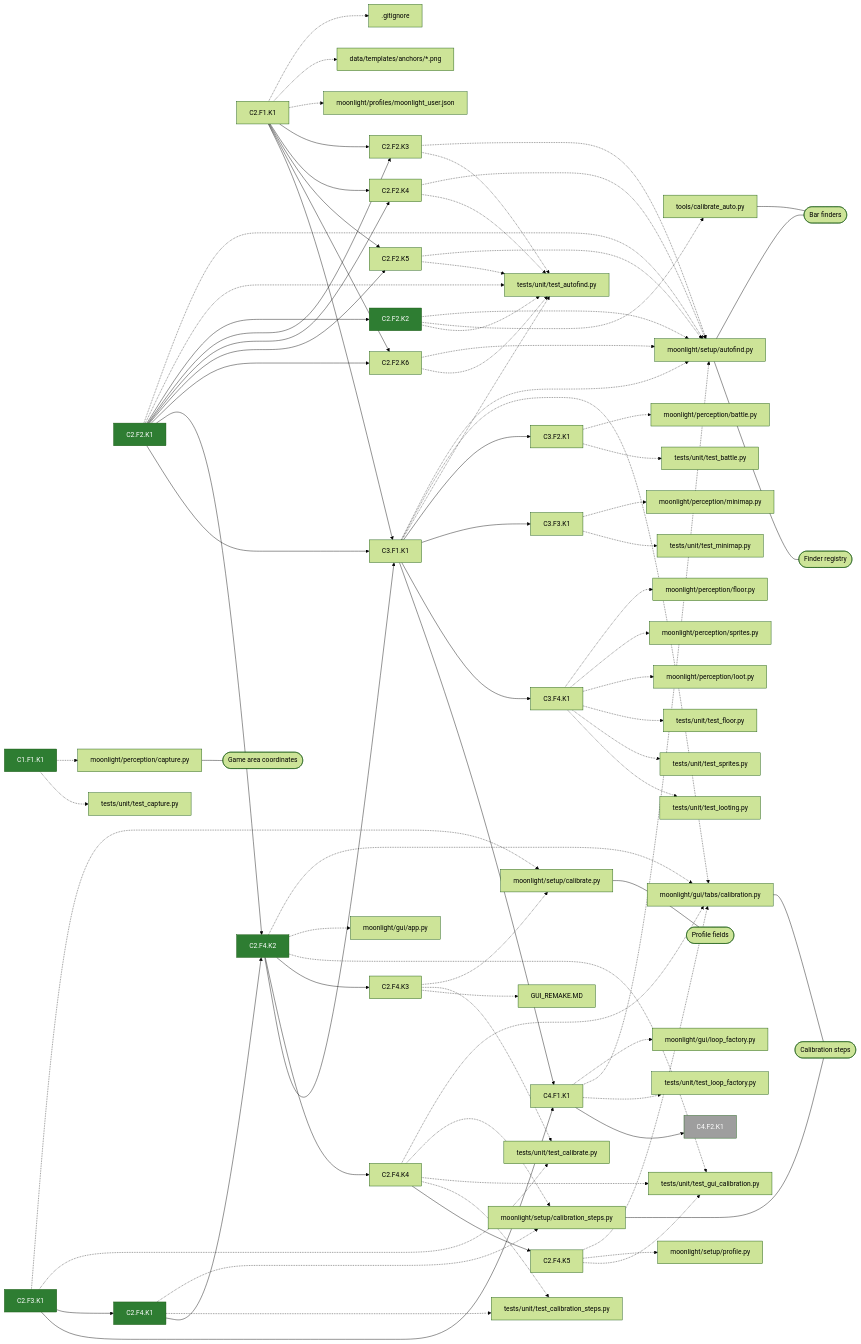
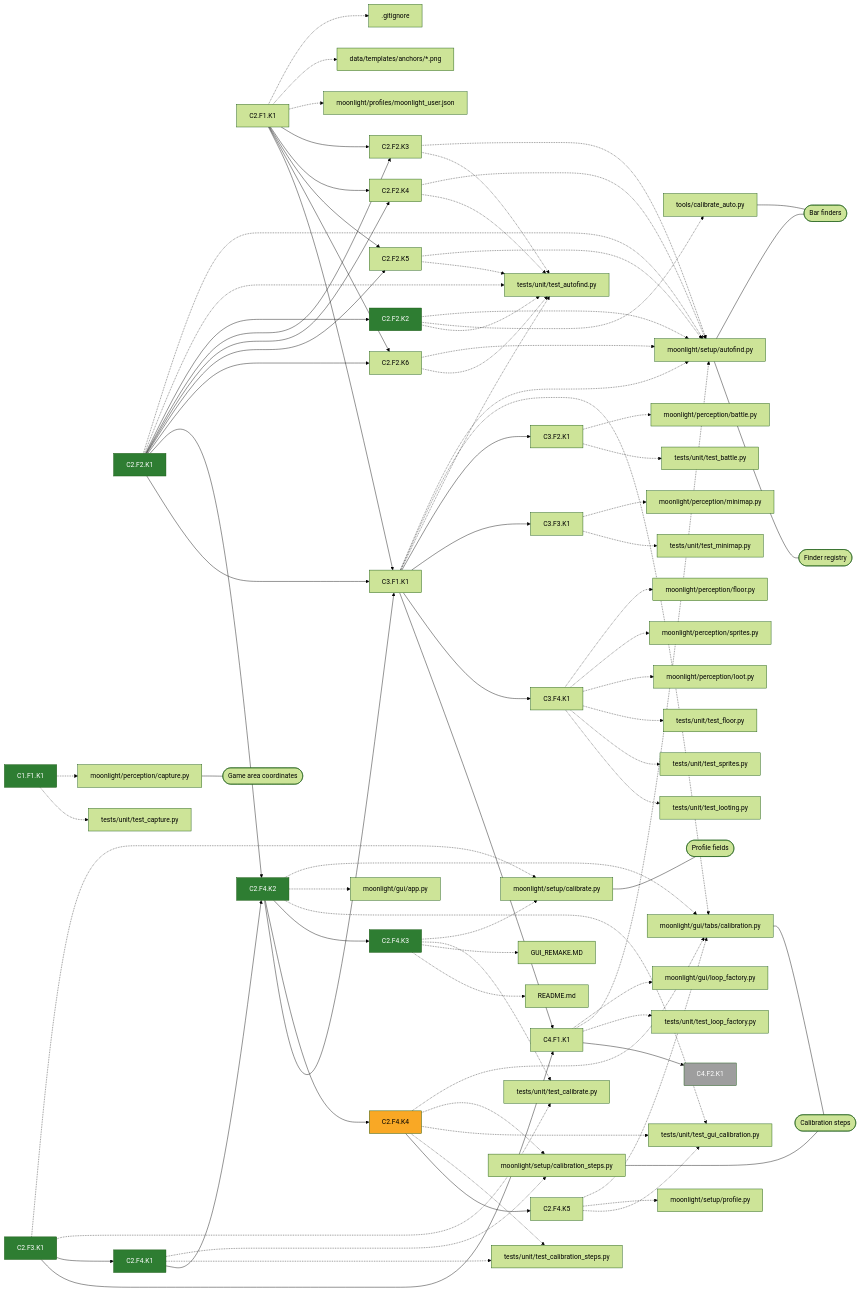
Before and after one commit to Mascotte33/Moonlight: the diagram in docs/prs/gui-calibration.md, drawn with Mermaid (forest theme). The commit also changed 5 other files, not shown here.

````diff
--- a/docs/prs/gui-calibration.md
+++ b/docs/prs/gui-calibration.md
@@ -81,8 +81,8 @@
   t8["C2.F3.K1"]:::done
   t9["C2.F4.K1"]:::done
   t10["C2.F4.K2"]:::done
-  t11["C2.F4.K3"]
-  t12["C2.F4.K4"]
+  t11["C2.F4.K3"]:::done
+  t12["C2.F4.K4"]:::doing
   t13["C2.F4.K5"]
   t14["C3.F1.K1"]
   t15["C3.F2.K1"]
@@ -92,118 +92,120 @@
   t19["C4.F2.K1"]:::later
   f0[".gitignore"]
   f1["GUI_REMAKE.MD"]
-  f2["data/templates/anchors/*.png"]
-  f3["moonlight/gui/app.py"]
-  f4["moonlight/gui/loop_factory.py"]
-  f5["moonlight/gui/tabs/calibration.py"]
-  f6["moonlight/perception/battle.py"]
-  f7["moonlight/perception/capture.py"]
-  f8["moonlight/perception/floor.py"]
-  f9["moonlight/perception/loot.py"]
-  f10["moonlight/perception/minimap.py"]
-  f11["moonlight/perception/sprites.py"]
-  f12["moonlight/profiles/moonlight_user.json"]
-  f13["moonlight/setup/autofind.py"]
-  f14["moonlight/setup/calibrate.py"]
-  f15["moonlight/setup/calibration_steps.py"]
-  f16["moonlight/setup/profile.py"]
-  f17["tests/unit/test_autofind.py"]
-  f18["tests/unit/test_battle.py"]
-  f19["tests/unit/test_calibrate.py"]
-  f20["tests/unit/test_calibration_steps.py"]
-  f21["tests/unit/test_capture.py"]
-  f22["tests/unit/test_floor.py"]
-  f23["tests/unit/test_gui_calibration.py"]
-  f24["tests/unit/test_loop_factory.py"]
-  f25["tests/unit/test_looting.py"]
-  f26["tests/unit/test_minimap.py"]
-  f27["tests/unit/test_sprites.py"]
-  f28["tools/calibrate_auto.py"]
+  f2["README.md"]
+  f3["data/templates/anchors/*.png"]
+  f4["moonlight/gui/app.py"]
+  f5["moonlight/gui/loop_factory.py"]
+  f6["moonlight/gui/tabs/calibration.py"]
+  f7["moonlight/perception/battle.py"]
+  f8["moonlight/perception/capture.py"]
+  f9["moonlight/perception/floor.py"]
+  f10["moonlight/perception/loot.py"]
+  f11["moonlight/perception/minimap.py"]
+  f12["moonlight/perception/sprites.py"]
+  f13["moonlight/profiles/moonlight_user.json"]
+  f14["moonlight/setup/autofind.py"]
+  f15["moonlight/setup/calibrate.py"]
+  f16["moonlight/setup/calibration_steps.py"]
+  f17["moonlight/setup/profile.py"]
+  f18["tests/unit/test_autofind.py"]
+  f19["tests/unit/test_battle.py"]
+  f20["tests/unit/test_calibrate.py"]
+  f21["tests/unit/test_calibration_steps.py"]
+  f22["tests/unit/test_capture.py"]
+  f23["tests/unit/test_floor.py"]
+  f24["tests/unit/test_gui_calibration.py"]
+  f25["tests/unit/test_loop_factory.py"]
+  f26["tests/unit/test_looting.py"]
+  f27["tests/unit/test_minimap.py"]
+  f28["tests/unit/test_sprites.py"]
+  f29["tools/calibrate_auto.py"]
   c0(["Bar finders"])
   c1(["Calibration steps"])
   c2(["Finder registry"])
   c3(["Game area coordinates"])
   c4(["Profile fields"])
-  t0 -.-> f7
-  t0 -.-> f21
+  t0 -.-> f8
+  t0 -.-> f22
   t1 -.-> f0
-  t1 -.-> f2
-  t1 -.-> f12
-  t2 -.-> f13
-  t2 -.-> f17
+  t1 -.-> f3
+  t1 -.-> f13
+  t2 -.-> f14
+  t2 -.-> f18
   t2 --> t3
-  t3 -.-> f13
-  t3 -.-> f28
-  t3 -.-> f17
+  t3 -.-> f14
+  t3 -.-> f29
+  t3 -.-> f18
   t1 --> t4
   t2 --> t4
-  t4 -.-> f13
-  t4 -.-> f17
+  t4 -.-> f14
+  t4 -.-> f18
   t1 --> t5
   t2 --> t5
-  t5 -.-> f13
-  t5 -.-> f17
+  t5 -.-> f14
+  t5 -.-> f18
   t1 --> t6
   t2 --> t6
-  t6 -.-> f13
-  t6 -.-> f17
+  t6 -.-> f14
+  t6 -.-> f18
   t1 --> t7
   t2 --> t7
-  t7 -.-> f13
-  t7 -.-> f17
-  t8 -.-> f14
-  t8 -.-> f19
+  t7 -.-> f14
+  t7 -.-> f18
+  t8 -.-> f15
+  t8 -.-> f20
   t8 --> t9
-  t9 -.-> f15
-  t9 -.-> f20
+  t9 -.-> f16
+  t9 -.-> f21
   t9 --> t10
   t2 --> t10
-  t10 -.-> f5
-  t10 -.-> f3
-  t10 -.-> f23
+  t10 -.-> f6
+  t10 -.-> f4
+  t10 -.-> f24
   t10 --> t11
-  t11 -.-> f14
-  t11 -.-> f19
+  t11 -.-> f15
+  t11 -.-> f20
   t11 -.-> f1
+  t11 -.-> f2
   t10 --> t12
-  t12 -.-> f5
-  t12 -.-> f15
-  t12 -.-> f23
-  t12 -.-> f20
+  t12 -.-> f6
+  t12 -.-> f16
+  t12 -.-> f24
+  t12 -.-> f21
   t12 --> t13
-  t13 -.-> f5
-  t13 -.-> f16
-  t13 -.-> f23
+  t13 -.-> f6
+  t13 -.-> f17
+  t13 -.-> f24
   t1 --> t14
   t2 --> t14
   t10 --> t14
-  t14 -.-> f13
-  t14 -.-> f5
-  t14 -.-> f17
+  t14 -.-> f14
+  t14 -.-> f6
+  t14 -.-> f18
   t14 --> t15
-  t15 -.-> f6
-  t15 -.-> f18
+  t15 -.-> f7
+  t15 -.-> f19
   t14 --> t16
-  t16 -.-> f10
-  t16 -.-> f26
+  t16 -.-> f11
+  t16 -.-> f27
   t14 --> t17
-  t17 -.-> f8
-  t17 -.-> f11
   t17 -.-> f9
-  t17 -.-> f22
-  t17 -.-> f27
-  t17 -.-> f25
+  t17 -.-> f12
+  t17 -.-> f10
+  t17 -.-> f23
+  t17 -.-> f28
+  t17 -.-> f26
   t8 --> t18
   t14 --> t18
-  t18 -.-> f4
-  t18 -.-> f13
-  t18 -.-> f24
+  t18 -.-> f5
+  t18 -.-> f14
+  t18 -.-> f25
   t18 --> t19
-  f5 --- c1
-  f7 --- c3
-  f13 --- c0
-  f13 --- c2
-  f14 --- c4
-  f15 --- c1
-  f28 --- c0
+  f6 --- c1
+  f8 --- c3
+  f14 --- c0
+  f14 --- c2
+  f15 --- c4
+  f16 --- c1
+  f29 --- c0
 ```
````
